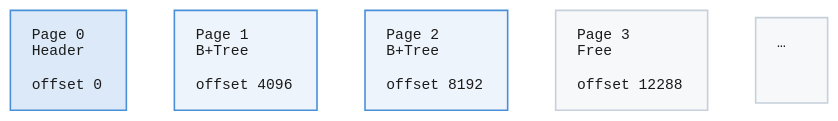
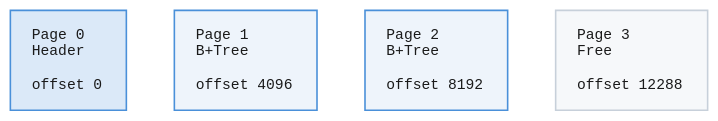
One commit to RANDOMFNP/latticedb changed the diagram in book/diagrams/page-manager-file-layout.dot. Above: the diagram before and after it, drawn with Graphviz. The commit also changed 55 other files, not shown here.

```diff
--- a/book/diagrams/page-manager-file-layout.dot
+++ b/book/diagrams/page-manager-file-layout.dot
@@ -1,20 +1,19 @@
 // The database file is a flat array of fixed-size 4 KB pages; page id times
 // 4096 gives the byte offset directly.
 digraph page_manager_file_layout {
   bgcolor="transparent"
   rankdir=LR
   nodesep=0.10
   fontname="Helvetica,Arial,sans-serif"
   node [shape=box style="filled" fillcolor="#eef4fb" color="#4a90d9"
         penwidth=1.2 fontname="Menlo,Consolas,monospace" fontsize=11
         fontcolor="#1a1a1a" margin="0.22,0.18"]
   edge [style=invis]
 
   p0 [label="Page 0\lHeader\l\loffset 0\l" fillcolor="#dbe9f8"]
   p1 [label="Page 1\lB+Tree\l\loffset 4096\l"]
   p2 [label="Page 2\lB+Tree\l\loffset 8192\l"]
   p3 [label="Page 3\lFree\l\loffset 12288\l" fillcolor="#f6f8fa" color="#c7d0da"]
-  p4 [label="…\l\l\l" fillcolor="#f6f8fa" color="#c7d0da"]
 
-  p0 -> p1 -> p2 -> p3 -> p4
+  p0 -> p1 -> p2 -> p3
 }
```
